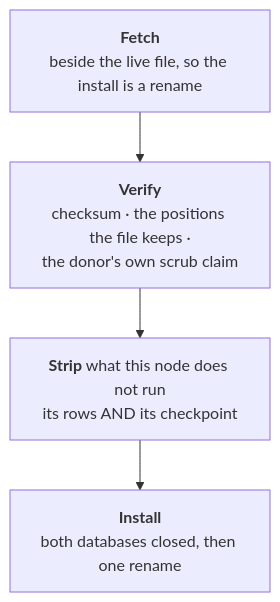
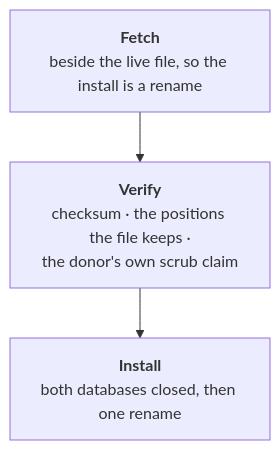
The diagram in docs/guides/replication.md (crewlet/crewlet), drawn with Mermaid before and after one commit. The commit also changed other lines of this file and 51 other files, not shown here.

First line of the commit message:
refactor(engine): run the identity domain on every node

````diff
--- a/docs/guides/replication.md
+++ b/docs/guides/replication.md
@@ -191,8 +186,7 @@
 ```mermaid
 flowchart TB
     F["<b>Fetch</b><br/>beside the live file, so the install is a rename"]
     V["<b>Verify</b><br/>checksum · the positions the file keeps ·<br/>the donor's own scrub claim"]
-    S["<b>Strip</b> what this node does not run<br/>its rows AND its checkpoint"]
     I["<b>Install</b><br/>both databases closed, then one rename"]
-    F --> V --> S --> I
+    F --> V --> I
 ```
````
